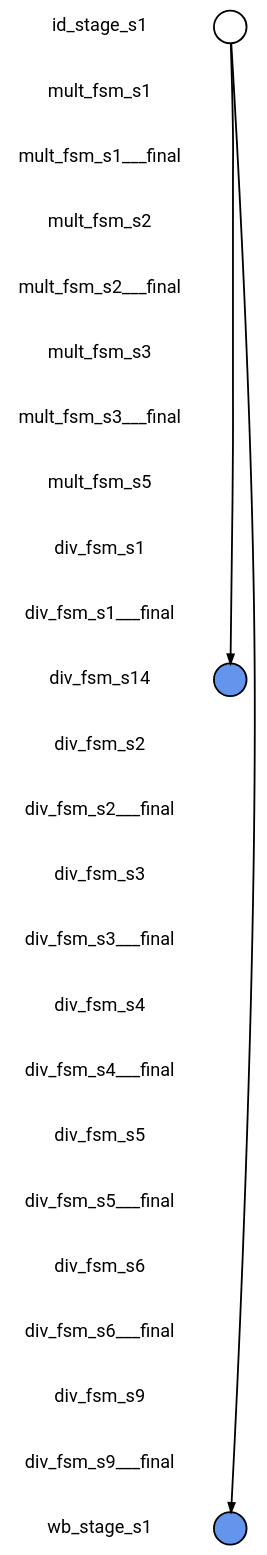
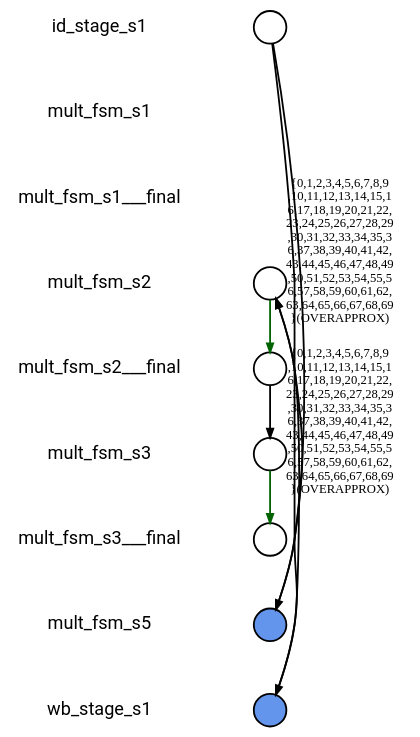
One commit to naomipark3/SynthLC changed the diagram in fv/synthlc/i_MUL_out/xSummarize/nonisograph/com_2_0.dot. Above: the diagram before and after it, drawn with Graphviz. The commit also changed 38807 other files, not shown here.

```diff
--- a/fv/synthlc/i_MUL_out/xSummarize/nonisograph/com_2_0.dot
+++ b/fv/synthlc/i_MUL_out/xSummarize/nonisograph/com_2_0.dot
@@ -1,70 +1,82 @@
 
 digraph G {
     edge [penwidth=2];
     node [ shape=box, fontsize=20, penwidth=2, fontname="roboto"];
     esep=0.5;
     layout=neato;
     overlap=scale;
     splines=true;
 
 l_id_stage_s1 [label="id_stage_s1"; pos="0,-0!"; shape=none];
 
 l_mult_fsm_s1 [label="mult_fsm_s1"; pos="0,-1!"; shape=none];
 
 l_mult_fsm_s1___final [label="mult_fsm_s1___final"; pos="0,-2!"; shape=none];
 
 l_mult_fsm_s2 [label="mult_fsm_s2"; pos="0,-3!"; shape=none];
 
 l_mult_fsm_s2___final [label="mult_fsm_s2___final"; pos="0,-4!"; shape=none];
 
 l_mult_fsm_s3 [label="mult_fsm_s3"; pos="0,-5!"; shape=none];
 
 l_mult_fsm_s3___final [label="mult_fsm_s3___final"; pos="0,-6!"; shape=none];
 
 l_mult_fsm_s5 [label="mult_fsm_s5"; pos="0,-7!"; shape=none];
 
-l_div_fsm_s1 [label="div_fsm_s1"; pos="0,-8!"; shape=none];
-
-l_div_fsm_s1___final [label="div_fsm_s1___final"; pos="0,-9!"; shape=none];
-
-l_div_fsm_s14 [label="div_fsm_s14"; pos="0,-10!"; shape=none];
-
-l_div_fsm_s2 [label="div_fsm_s2"; pos="0,-11!"; shape=none];
-
-l_div_fsm_s2___final [label="div_fsm_s2___final"; pos="0,-12!"; shape=none];
-
-l_div_fsm_s3 [label="div_fsm_s3"; pos="0,-13!"; shape=none];
-
-l_div_fsm_s3___final [label="div_fsm_s3___final"; pos="0,-14!"; shape=none];
-
-l_div_fsm_s4 [label="div_fsm_s4"; pos="0,-15!"; shape=none];
-
-l_div_fsm_s4___final [label="div_fsm_s4___final"; pos="0,-16!"; shape=none];
-
-l_div_fsm_s5 [label="div_fsm_s5"; pos="0,-17!"; shape=none];
-
-l_div_fsm_s5___final [label="div_fsm_s5___final"; pos="0,-18!"; shape=none];
-
-l_div_fsm_s6 [label="div_fsm_s6"; pos="0,-19!"; shape=none];
-
-l_div_fsm_s6___final [label="div_fsm_s6___final"; pos="0,-20!"; shape=none];
-
-l_div_fsm_s9 [label="div_fsm_s9"; pos="0,-21!"; shape=none];
-
-l_div_fsm_s9___final [label="div_fsm_s9___final"; pos="0,-22!"; shape=none];
-
-l_wb_stage_s1 [label="wb_stage_s1"; pos="0,-23!"; shape=none];
+l_wb_stage_s1 [label="wb_stage_s1"; pos="0,-8!"; shape=none];
 
 n_id_stage_s1 [label=""; pos="2,-0!"; shape=circle ]; 
 
 
-n_div_fsm_s14 [style=filled, color=black, fillcolor="#6495ED", label=""; pos="2,-10!"; shape=circle ]; 
+n_mult_fsm_s2 [label=""; pos="2,-3!"; shape=circle ]; 
 
 
-n_wb_stage_s1 [style=filled, color=black, fillcolor="#6495ED", label=""; pos="2,-23!"; shape=circle ]; 
+n_mult_fsm_s3 [label=""; pos="2,-5!"; shape=circle ]; 
 
+
+n_mult_fsm_s5 [style=filled, color=black, fillcolor="#6495ED", label=""; pos="2,-7!"; shape=circle ]; 
+
+
+n_wb_stage_s1 [style=filled, color=black, fillcolor="#6495ED", label=""; pos="2,-8!"; shape=circle ]; 
+
+
+n_mult_fsm_s2___final [label=""; pos="2,-4!"; shape=circle ]; 
+
+
+n_mult_fsm_s3___final [label=""; pos="2,-6!"; shape=circle ]; 
+
+
+n_id_stage_s1 -> n_mult_fsm_s5 [color="black"];
 
 n_id_stage_s1 -> n_wb_stage_s1 [color="black"];
 
-n_id_stage_s1 -> n_div_fsm_s14 [color="black"];
+n_mult_fsm_s2 -> n_mult_fsm_s2___final [color="#006400", label="{0,1,2,3,4,5,6,7,8,9
+,10,11,12,13,14,15,1
+6,17,18,19,20,21,22,
+23,24,25,26,27,28,29
+,30,31,32,33,34,35,3
+6,37,38,39,40,41,42,
+43,44,45,46,47,48,49
+,50,51,52,53,54,55,5
+6,57,58,59,60,61,62,
+63,64,65,66,67,68,69
+}(OVERAPPROX)"];
+
+n_mult_fsm_s3 -> n_mult_fsm_s3___final [color="#006400", label="{0,1,2,3,4,5,6,7,8,9
+,10,11,12,13,14,15,1
+6,17,18,19,20,21,22,
+23,24,25,26,27,28,29
+,30,31,32,33,34,35,3
+6,37,38,39,40,41,42,
+43,44,45,46,47,48,49
+,50,51,52,53,54,55,5
+6,57,58,59,60,61,62,
+63,64,65,66,67,68,69
+}(OVERAPPROX)"];
+
+n_mult_fsm_s5 -> n_mult_fsm_s2 [color="black"];
+
+n_wb_stage_s1 -> n_mult_fsm_s2 [color="black"];
+
+n_mult_fsm_s2___final -> n_mult_fsm_s3 [color="black"];
 }
```
